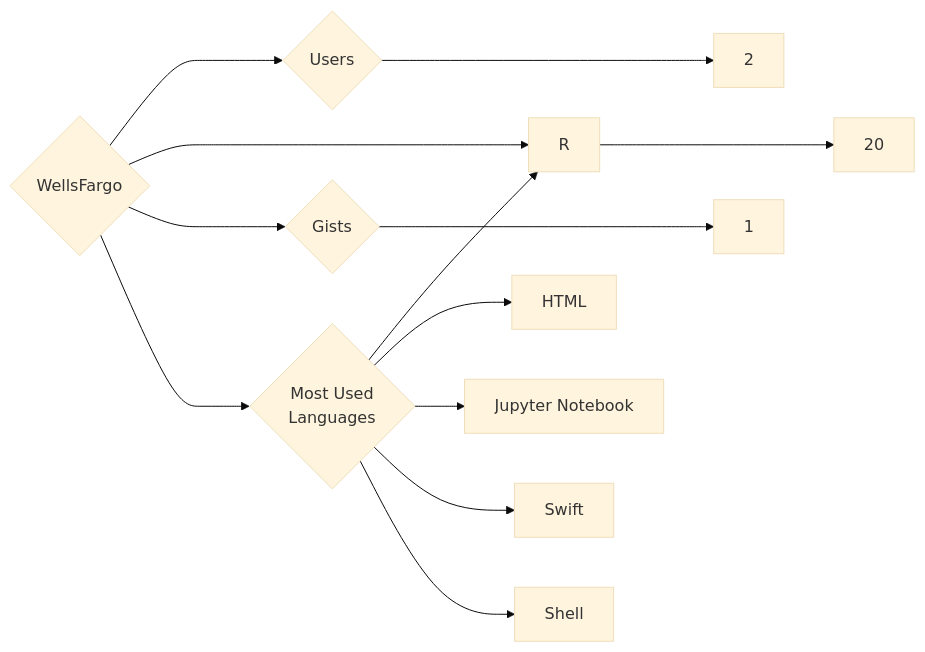
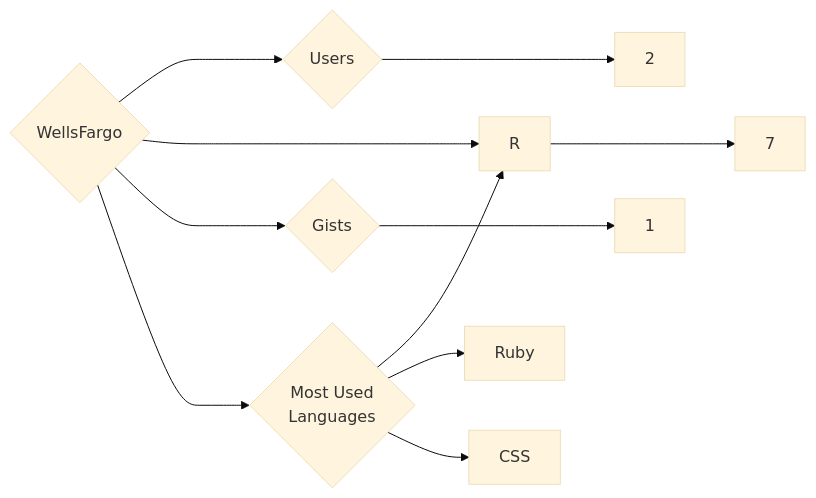
The diagram in targets/WellsFargo/README.md (trickest/insiders), drawn with Mermaid (base theme) before and after one commit. The commit also changed 582 other files, not shown here.

````diff
--- a/targets/WellsFargo/README.md
+++ b/targets/WellsFargo/README.md
@@ -3,13 +3,11 @@
 ```mermaid
 graph LR
 COMPANY_NAME{WellsFargo}
 COMPANY_NAME ---> U{Users} ---> UN[2]
-COMPANY_NAME ---> R{Repositories} ---> RN[20]
+COMPANY_NAME ---> R{Repositories} ---> RN[7]
 COMPANY_NAME ---> G{Gists} ---> GN[1]
 COMPANY_NAME ---> ML{Most Used<br>Languages}
 ML --> R[R]
-ML --> HTML[HTML]
-ML --> Jupyter_Notebook[Jupyter Notebook]
-ML --> Swift[Swift]
-ML --> Shell[Shell]
+ML --> Ruby[Ruby]
+ML --> CSS[CSS]
 ```
````
